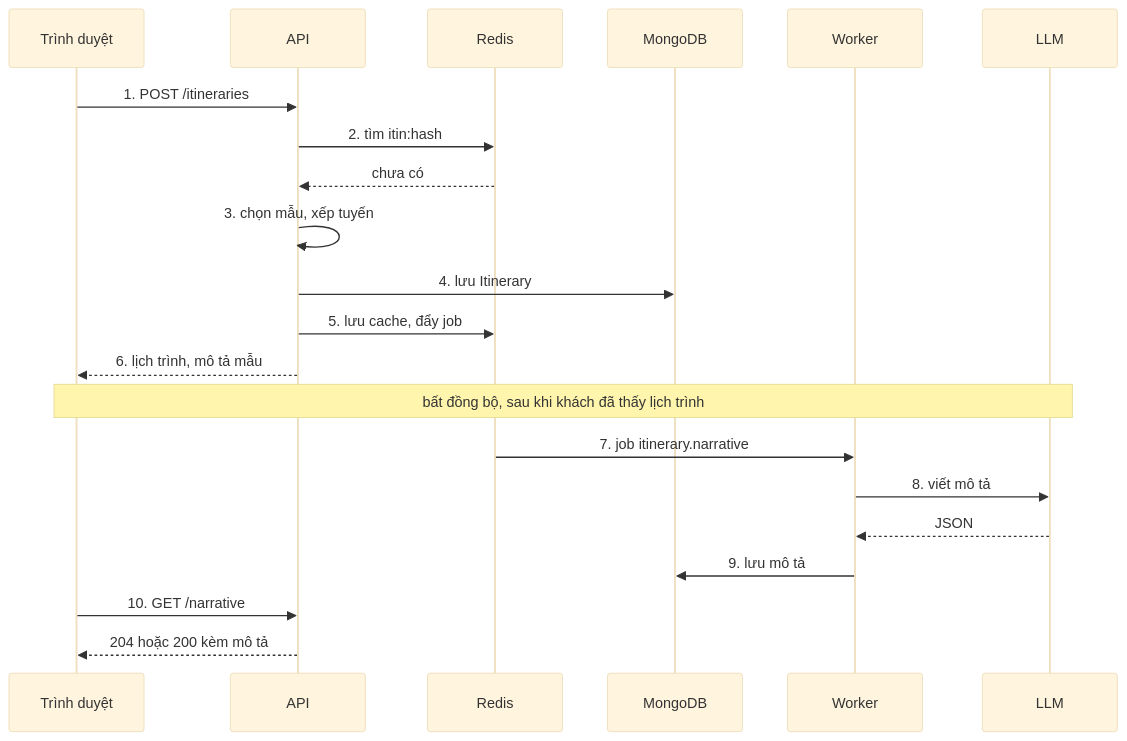
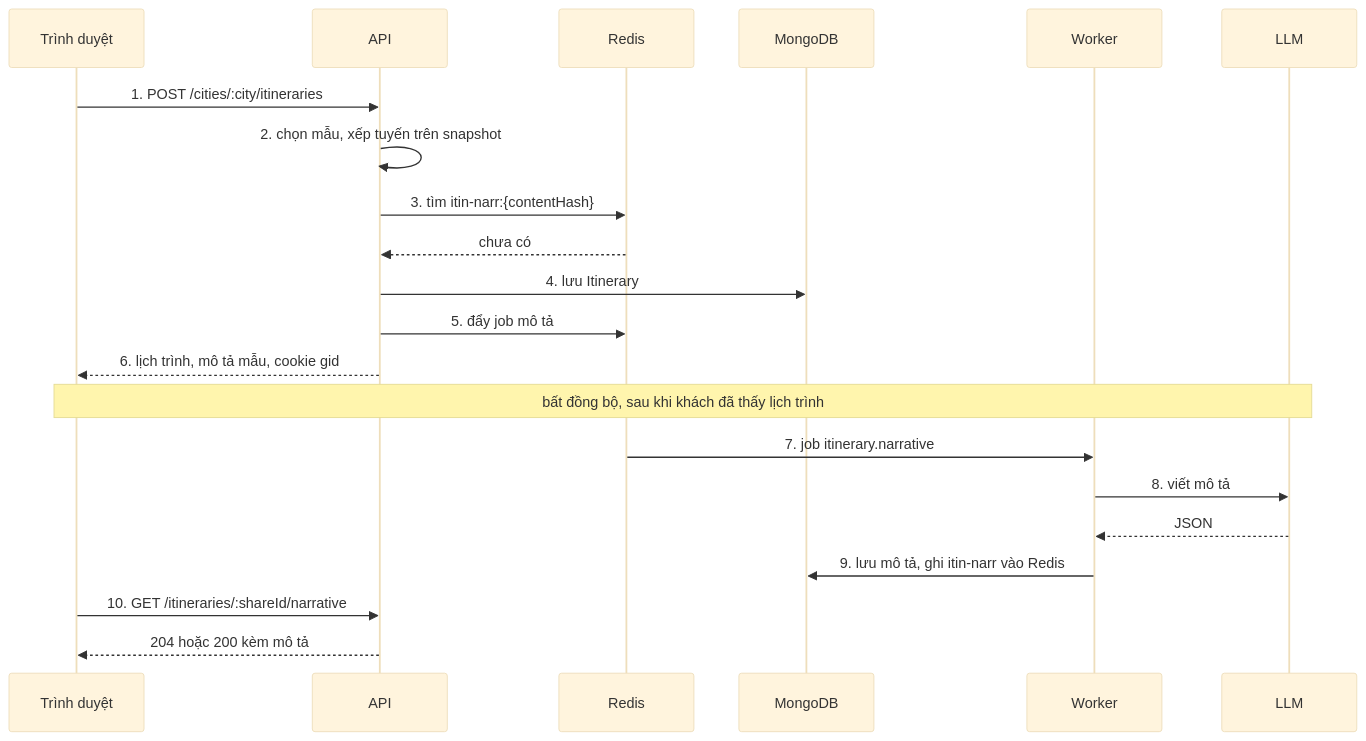
The third of 3 diagrams in docs/architecture.md (ManhTri-95/ranhduong.vn), drawn with Mermaid (base theme) before and after one commit. The commit also changed other lines of this file, not shown here.

Commit message:
docs: S29 align architecture with slice 2 decisions

````diff
--- a/docs/architecture.md
+++ b/docs/architecture.md
@@ -203,23 +203,23 @@
 ```mermaid
 sequenceDiagram
   participant B as Trình duyệt
   participant A as API
   participant R as Redis
   participant M as MongoDB
   participant W as Worker
   participant L as LLM
-  B->>A: 1. POST /itineraries
-  A->>R: 2. tìm itin:hash
+  B->>A: 1. POST /cities/:city/itineraries
+  A->>A: 2. chọn mẫu, xếp tuyến trên snapshot
+  A->>R: 3. tìm itin-narr:{contentHash}
   R-->>A: chưa có
-  A->>A: 3. chọn mẫu, xếp tuyến
   A->>M: 4. lưu Itinerary
-  A->>R: 5. lưu cache, đẩy job
-  A-->>B: 6. lịch trình, mô tả mẫu
+  A->>R: 5. đẩy job mô tả
+  A-->>B: 6. lịch trình, mô tả mẫu, cookie gid
   Note over B,L: bất đồng bộ, sau khi khách đã thấy lịch trình
   R->>W: 7. job itinerary.narrative
   W->>L: 8. viết mô tả
   L-->>W: JSON
-  W->>M: 9. lưu mô tả
-  B->>A: 10. GET /narrative
+  W->>M: 9. lưu mô tả, ghi itin-narr vào Redis
+  B->>A: 10. GET /itineraries/:shareId/narrative
   A-->>B: 204 hoặc 200 kèm mô tả
 ```
````
